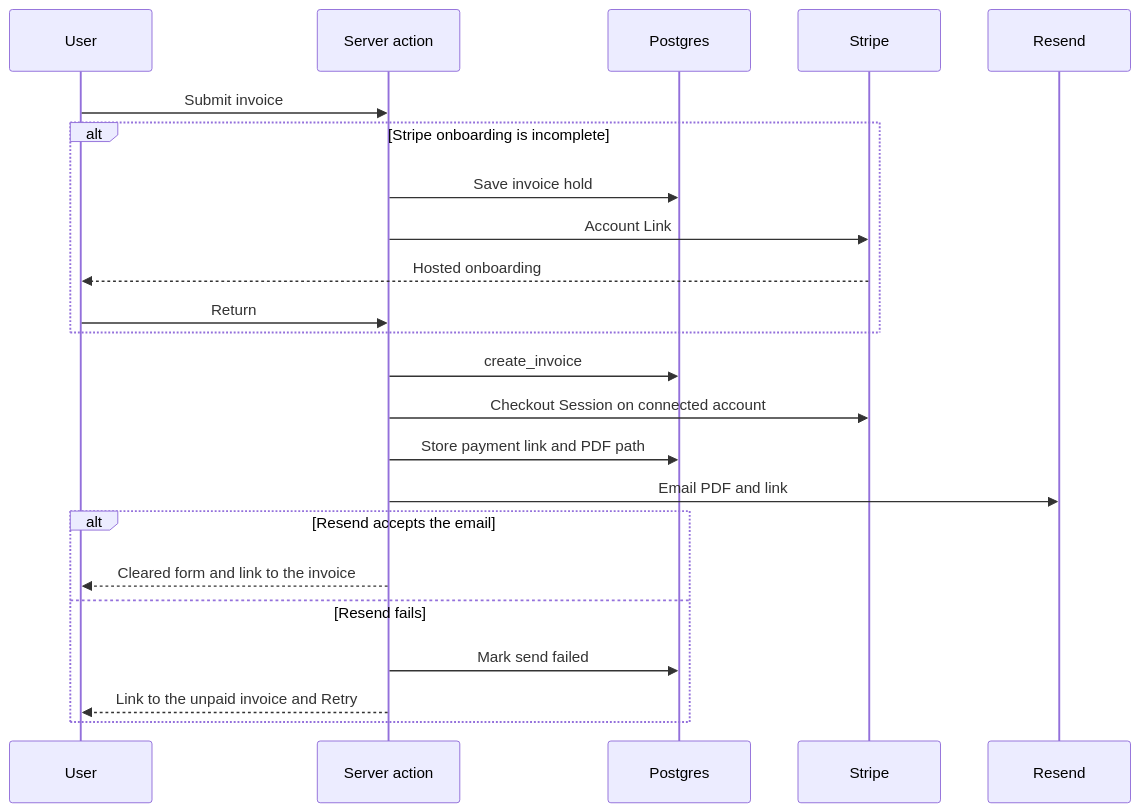
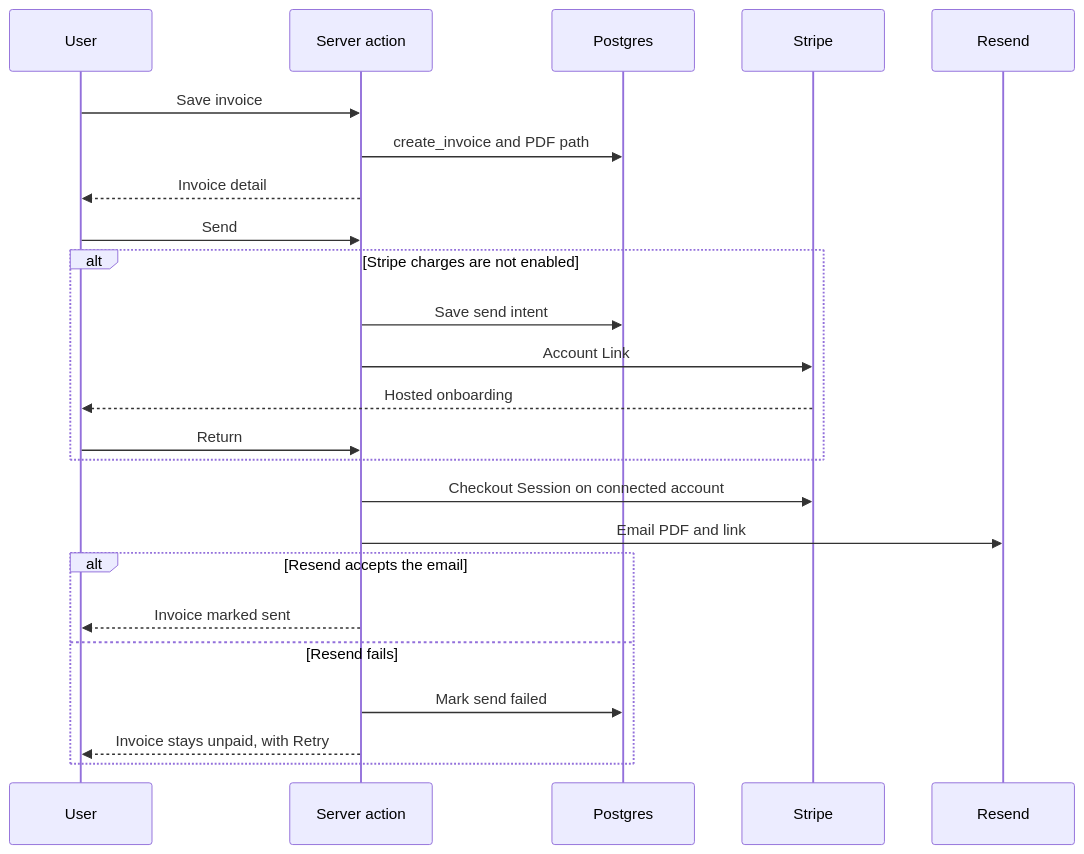
Before and after one commit to myNameIsVladan/Invoice_generator: the diagram in docs/Tech.md, drawn with Mermaid. The commit also changed other lines of this file and 51 other files, not shown here.

````diff
--- a/docs/Tech.md
+++ b/docs/Tech.md
@@ -177,25 +185,26 @@
 ```mermaid
 sequenceDiagram
   participant User
   participant Action as Server action
   participant DB as Postgres
   participant Stripe
   participant Resend
-  User->>Action: Submit invoice
-  alt Stripe onboarding is incomplete
-    Action->>DB: Save invoice hold
+  User->>Action: Save invoice
+  Action->>DB: create_invoice and PDF path
+  Action-->>User: Invoice detail
+  User->>Action: Send
+  alt Stripe charges are not enabled
+    Action->>DB: Save send intent
     Action->>Stripe: Account Link
     Stripe-->>User: Hosted onboarding
     User->>Action: Return
   end
-  Action->>DB: create_invoice
   Action->>Stripe: Checkout Session on connected account
-  Action->>DB: Store payment link and PDF path
   Action->>Resend: Email PDF and link
   alt Resend accepts the email
-    Action-->>User: Cleared form and link to the invoice
+    Action-->>User: Invoice marked sent
   else Resend fails
     Action->>DB: Mark send failed
-    Action-->>User: Link to the unpaid invoice and Retry
+    Action-->>User: Invoice stays unpaid, with Retry
   end
 ```
````
